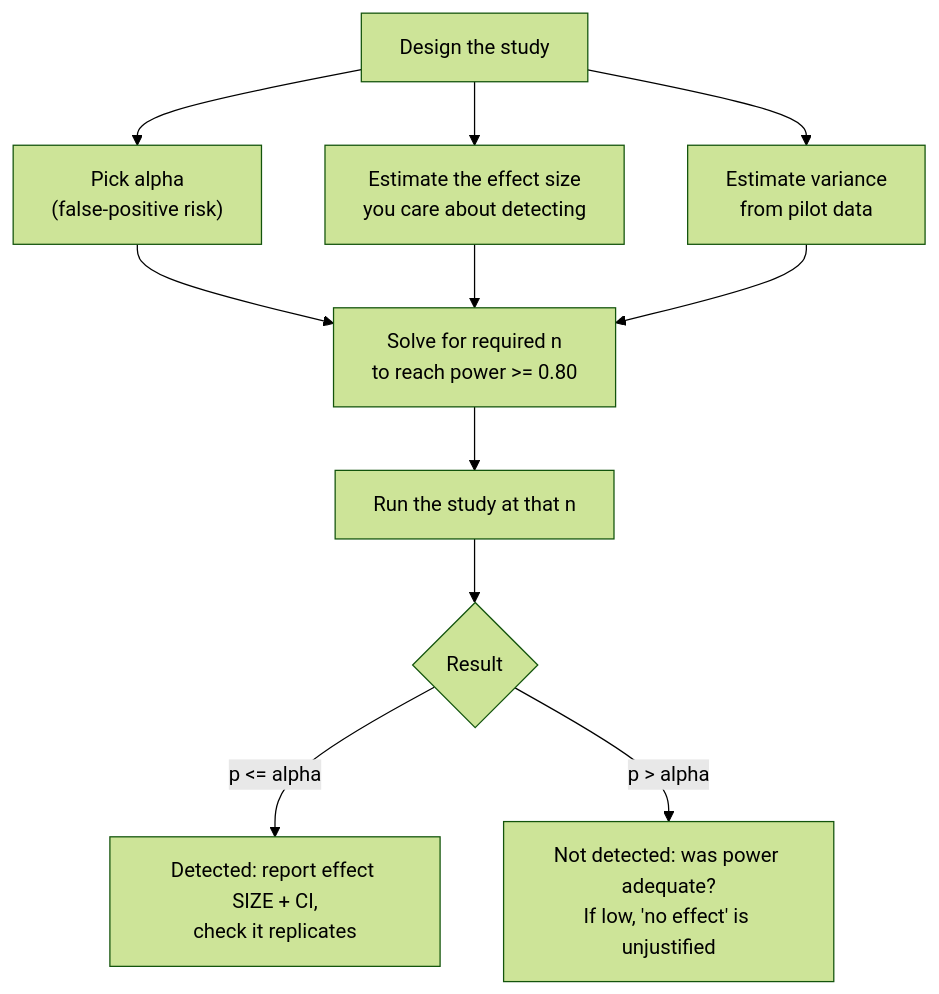
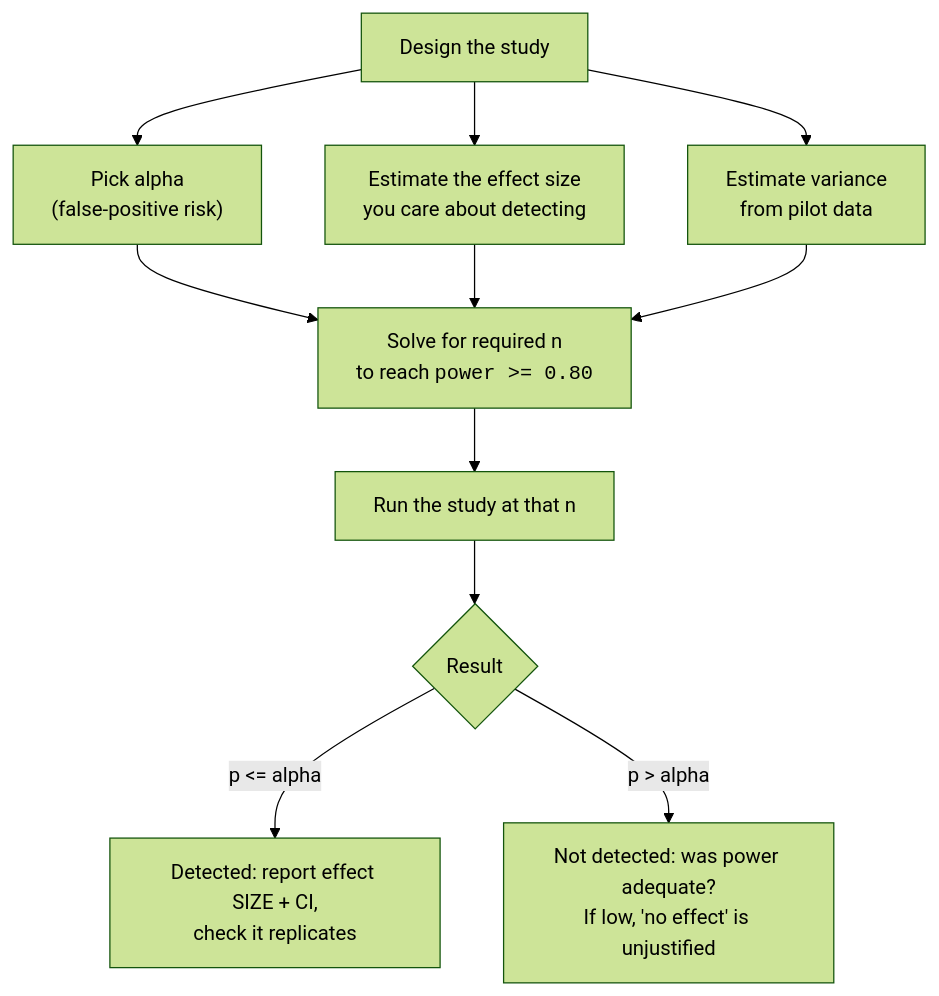
The third of 3 diagrams in content/learn/statistics-for-data-science-python/errors-and-power.mdx (dataslope/dataslope), drawn with Mermaid (forest theme) before and after one commit. The commit also changed 56 other files, not shown here.

````diff
--- a/content/learn/statistics-for-data-science-python/errors-and-power.mdx
+++ b/content/learn/statistics-for-data-science-python/errors-and-power.mdx
@@ -517,13 +517,13 @@
 ```mermaid
 flowchart TD
   A["Design the study"] --> B["Pick alpha<br/>(false-positive risk)"]
   A --> C["Estimate the effect size<br/>you care about detecting"]
   A --> D["Estimate variance<br/>from pilot data"]
-  B --> E["Solve for required n<br/>to reach power >= 0.80"]
+  B --> E["Solve for required n<br/>to reach <code>power &gt;= 0.80</code>"]
   C --> E
   D --> E
   E --> F["Run the study at that n"]
   F --> G{"Result"}
   G -->|"p <= alpha"| H["Detected: report effect SIZE + CI,<br/>check it replicates"]
   G -->|"p > alpha"| I["Not detected: was power adequate?<br/>If low, 'no effect' is unjustified"]
 ```
````
